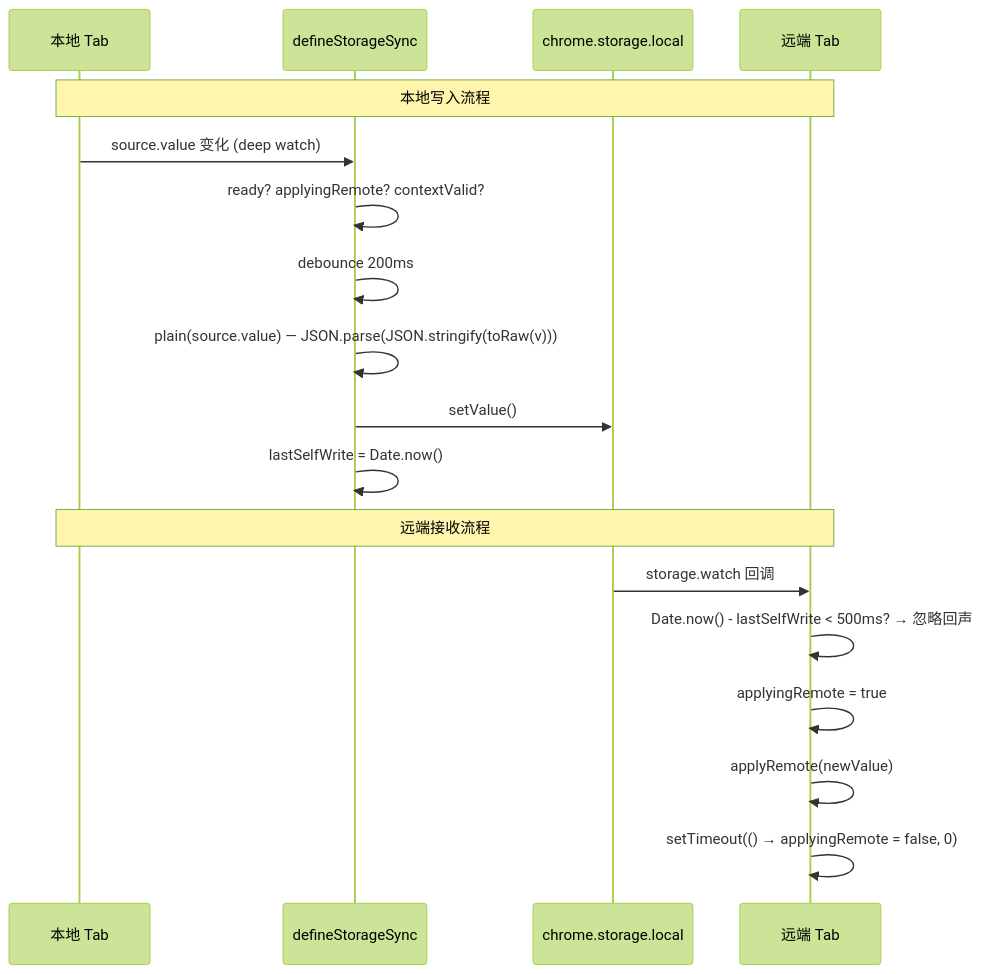
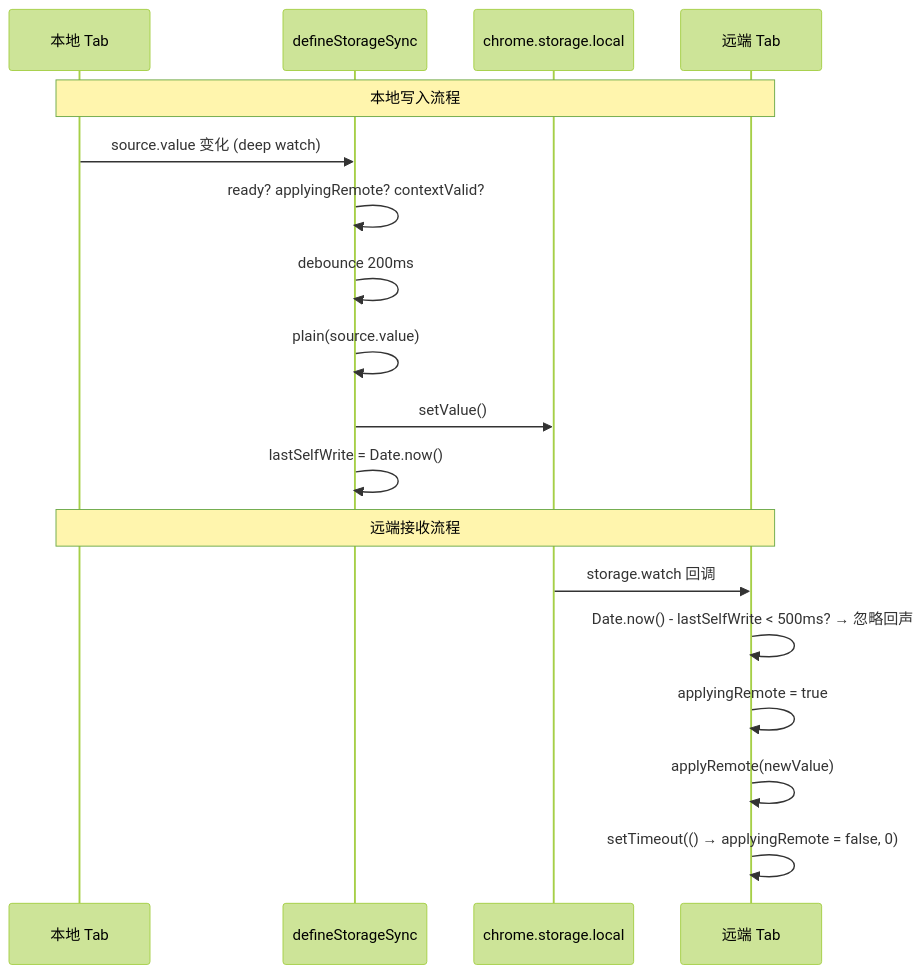
One commit to zw123zw/ai-browser changed the sixth of 10 diagrams in docs/architecture/state-management.md. Above: the diagram before and after it, drawn with Mermaid (forest theme). The commit also changed other lines of this file and 12 other files, not shown here.

````diff
--- a/docs/architecture/state-management.md
+++ b/docs/architecture/state-management.md
@@ -577,22 +1192,22 @@
 ```mermaid
 sequenceDiagram
     participant Local as 本地 Tab
     participant Sync as defineStorageSync
     participant Storage as chrome.storage.local
     participant Remote as 远端 Tab
 
     Note over Local,Remote: 本地写入流程
     Local->>Sync: source.value 变化 (deep watch)
     Sync->>Sync: ready? applyingRemote? contextValid?
     Sync->>Sync: debounce 200ms
-    Sync->>Sync: plain(source.value) — JSON.parse(JSON.stringify(toRaw(v)))
+    Sync->>Sync: plain(source.value)
     Sync->>Storage: setValue()
     Sync->>Sync: lastSelfWrite = Date.now()
 
     Note over Local,Remote: 远端接收流程
     Storage->>Remote: storage.watch 回调
     Remote->>Remote: Date.now() - lastSelfWrite < 500ms? → 忽略回声
     Remote->>Remote: applyingRemote = true
     Remote->>Remote: applyRemote(newValue)
     Remote->>Remote: setTimeout(() → applyingRemote = false, 0)
 ```
````
